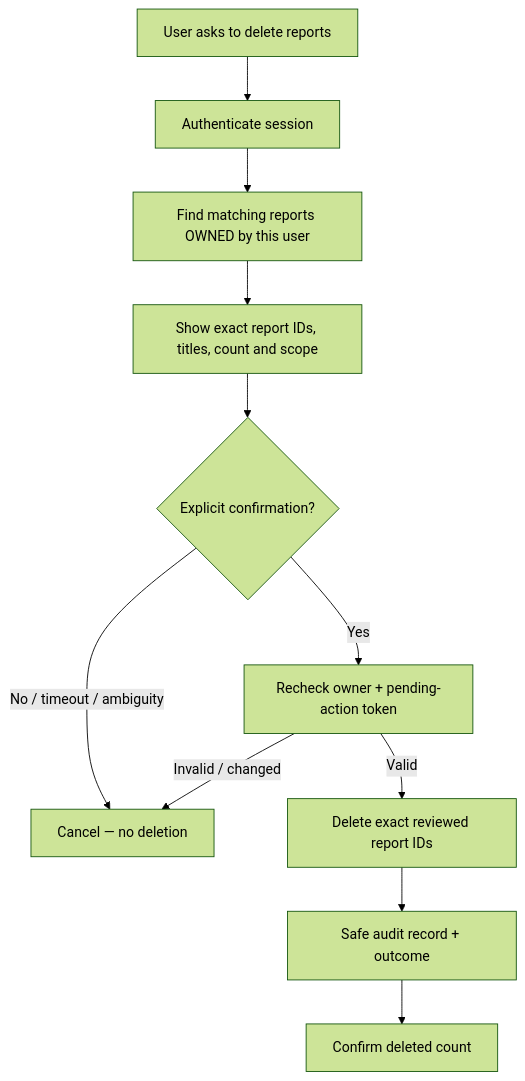
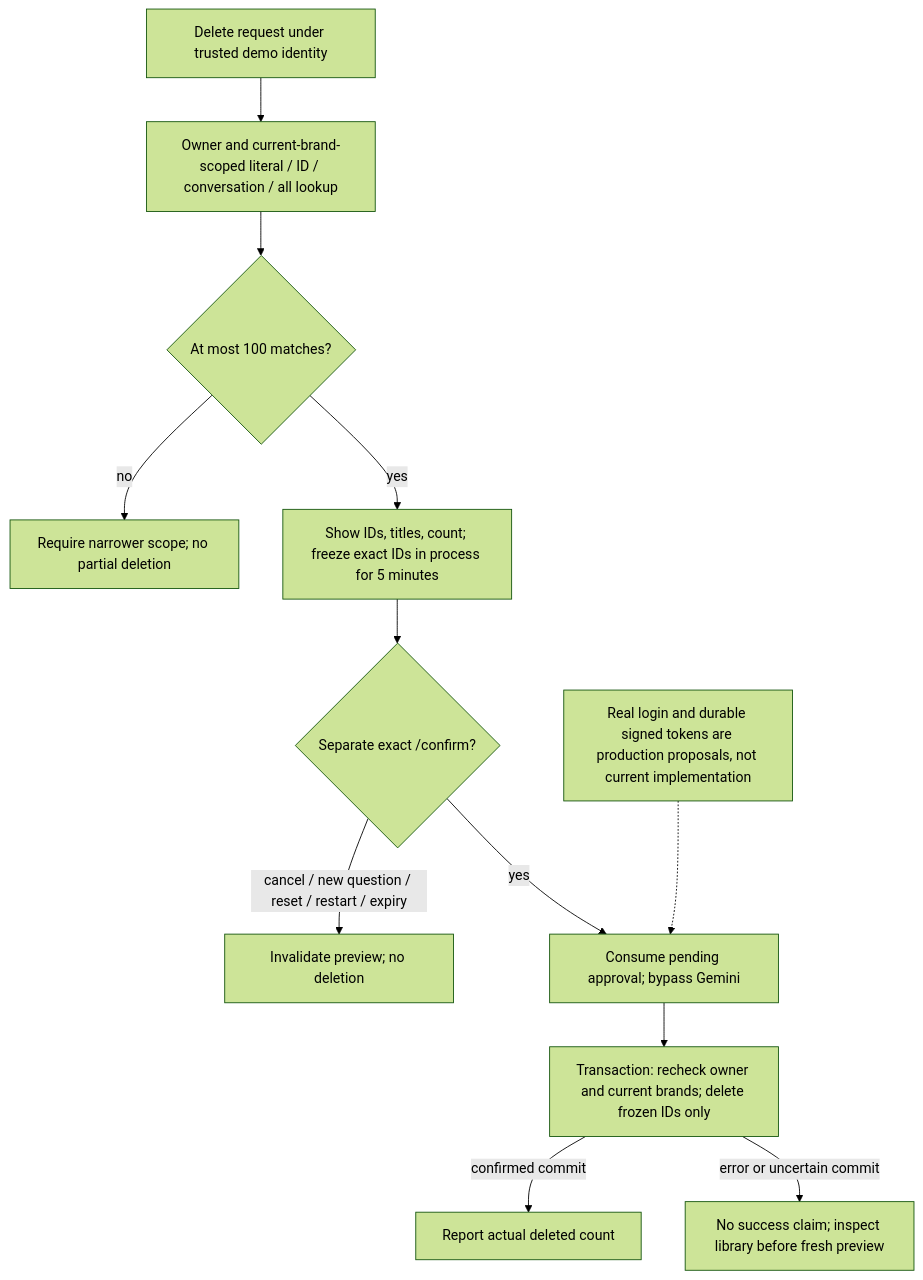
One commit to BenFruit/opsfleet_retail changed the diagram in HLD/report-deletion.mmd. Above: the diagram before and after it, drawn with Mermaid (forest theme). The commit also changed 39 other files, not shown here.

First line of the commit message:
feat: add persistent user memory and consolidate architecture docs

```diff
--- a/HLD/report-deletion.mmd
+++ b/HLD/report-deletion.mmd
@@ -1,11 +1,12 @@
 flowchart TD
-    U["User asks to delete reports"] --> AUTH["Authenticate session"]
-    AUTH --> FIND["Find matching reports OWNED by this user"]
-    FIND --> PREVIEW["Show exact report IDs, titles, count and scope"]
-    PREVIEW --> ASK{"Explicit confirmation?"}
-    ASK -->|"No / timeout / ambiguity"| CANCEL["Cancel — no deletion"]
-    ASK -->|"Yes"| VERIFY["Recheck owner + pending-action token"]
-    VERIFY -->|"Valid"| DELETE["Delete exact reviewed report IDs"]
-    VERIFY -->|"Invalid / changed"| CANCEL
-    DELETE --> AUDIT["Safe audit record + outcome"]
-    AUDIT --> DONE["Confirm deleted count"]
+    U["Delete request under trusted demo identity"] --> FIND["Owner and current-brand-scoped literal / ID / conversation / all lookup"]
+    FIND --> CAP{"At most 100 matches?"}
+    CAP -->|no| NARROW["Require narrower scope; no partial deletion"]
+    CAP -->|yes| PREVIEW["Show IDs, titles, count; freeze exact IDs in process for 5 minutes"]
+    PREVIEW --> ASK{"Separate exact /confirm?"}
+    ASK -->|"cancel / new question / reset / restart / expiry"| CANCEL["Invalidate preview; no deletion"]
+    ASK -->|yes| VERIFY["Consume pending approval; bypass Gemini"]
+    VERIFY --> DELETE["Transaction: recheck owner and current brands; delete frozen IDs only"]
+    DELETE -->|"confirmed commit"| DONE["Report actual deleted count"]
+    DELETE -->|"error or uncertain commit"| FAIL["No success claim; inspect library before fresh preview"]
+    NOTE["Real login and durable signed tokens are production proposals, not current implementation"] -.-> VERIFY
```
